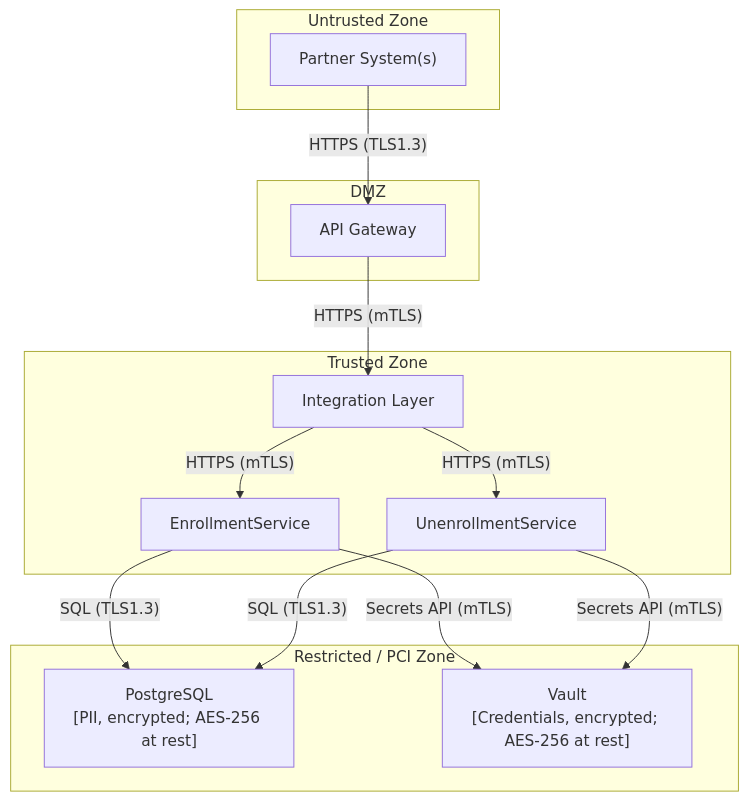
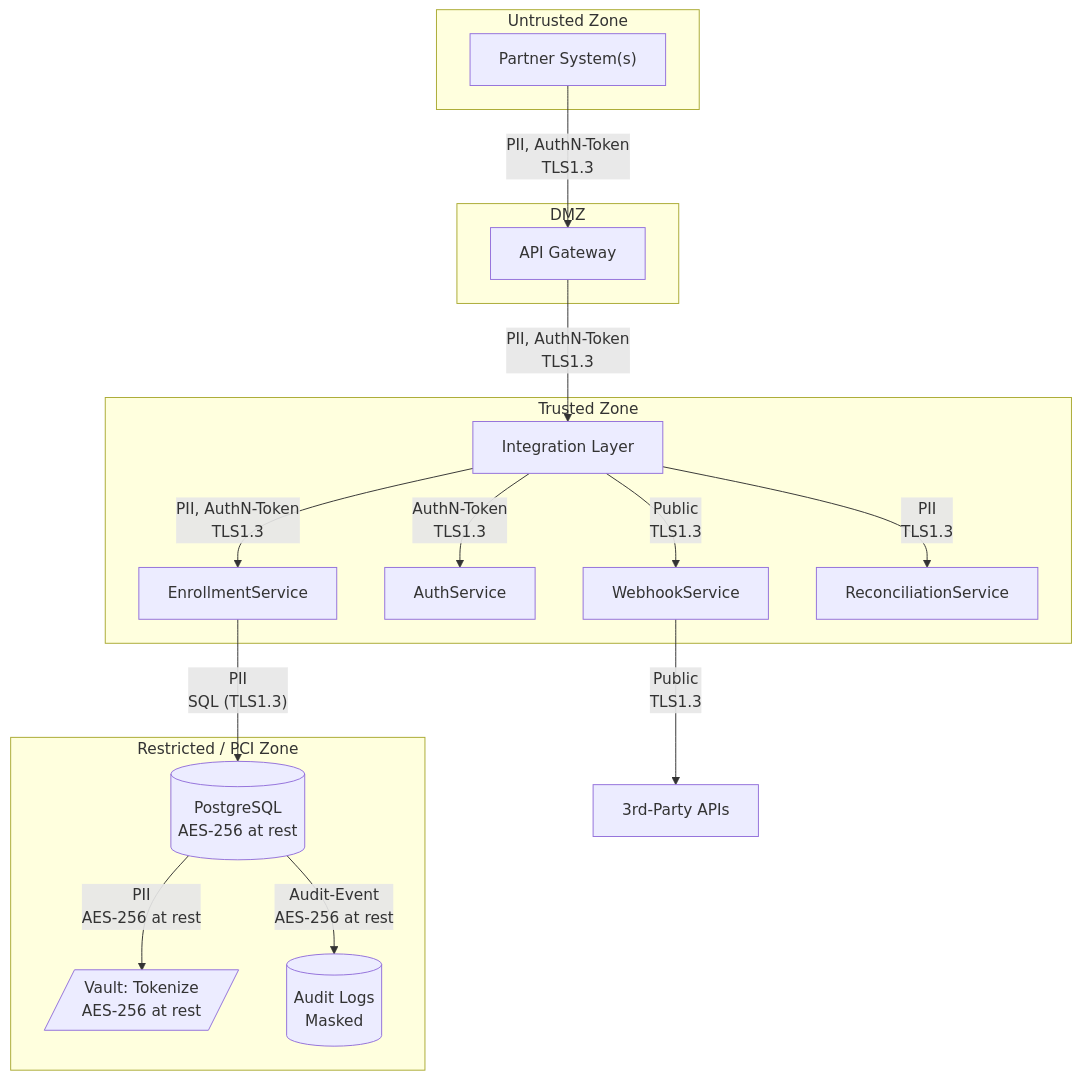
One commit to nandhini9074-create/demo7-enrollment changed the second of 2 diagrams in docs/architecture.md. Above: the diagram before and after it, drawn with Mermaid. The commit also changed other lines of this file and 7 other files, not shown here.

````diff
--- a/docs/architecture.md
+++ b/docs/architecture.md
@@ -63,30 +67,35 @@
 ```mermaid
 flowchart TD
-    subgraph untrustedZone ["Untrusted Zone"]
-        partner["Partner System(s)"]
-    end
+  subgraph untrusted ["Untrusted Zone"]
+    partner["Partner System(s)"]
+  end
 
-    subgraph dmz ["DMZ"]
-        apiGw["API Gateway"]
-    end
+  subgraph dmz ["DMZ"]
+    apiGw["API Gateway"]
+  end
 
-    subgraph trustedZone ["Trusted Zone"]
-        integrationLayer["Integration Layer"]
-        enrollmentSvc["EnrollmentService"]
-        unenrollmentSvc["UnenrollmentService"]
-    end
+  subgraph trusted ["Trusted Zone"]
+    integrationLayer["Integration Layer"]
+    enrollmentSvc["EnrollmentService"]
+    authSvc["AuthService"]
+    webhookSvc["WebhookService"]
+    reconciliationSvc["ReconciliationService"]
+  end
 
-    subgraph restrictedZone ["Restricted / PCI Zone"]
-        postgres["PostgreSQL<br/>[PII, encrypted; AES-256 at rest]"]
-        vault["Vault<br/>[Credentials, encrypted; AES-256 at rest]"]
-    end
+  subgraph restrictedPCI ["Restricted / PCI Zone"]
+    db[(PostgreSQL<br/>AES-256 at rest)]
+    vault[/"Vault: Tokenize<br/>AES-256 at rest"/]
+    logs[("Audit Logs<br/>Masked")]
+  end
 
-    partner -- "HTTPS (TLS1.3)" --> apiGw
-    apiGw -- "HTTPS (mTLS)" --> integrationLayer
-    integrationLayer -- "HTTPS (mTLS)" --> enrollmentSvc
-    integrationLayer -- "HTTPS (mTLS)" --> unenrollmentSvc
-    enrollmentSvc -- "SQL (TLS1.3)" --> postgres
-    unenrollmentSvc -- "SQL (TLS1.3)" --> postgres
-    enrollmentSvc -- "Secrets API (mTLS)" --> vault
-    unenrollmentSvc -- "Secrets API (mTLS)" --> vault
+  partner -- "PII, AuthN-Token<br/>TLS1.3" --> apiGw
+  apiGw -- "PII, AuthN-Token<br/>TLS1.3" --> integrationLayer
+  integrationLayer -- "PII, AuthN-Token<br/>TLS1.3" --> enrollmentSvc
+  enrollmentSvc -- "PII<br/>SQL (TLS1.3)" --> db
+  db -- "PII<br/>AES-256 at rest" --> vault
+  db -- "Audit-Event<br/>AES-256 at rest" --> logs
+  integrationLayer -- "AuthN-Token<br/>TLS1.3" --> authSvc
+  integrationLayer -- "Public<br/>TLS1.3" --> webhookSvc
+  integrationLayer -- "PII<br/>TLS1.3" --> reconciliationSvc
+  webhookSvc -- "Public<br/>TLS1.3" --> externalApi["3rd-Party APIs"]
 ```
````
